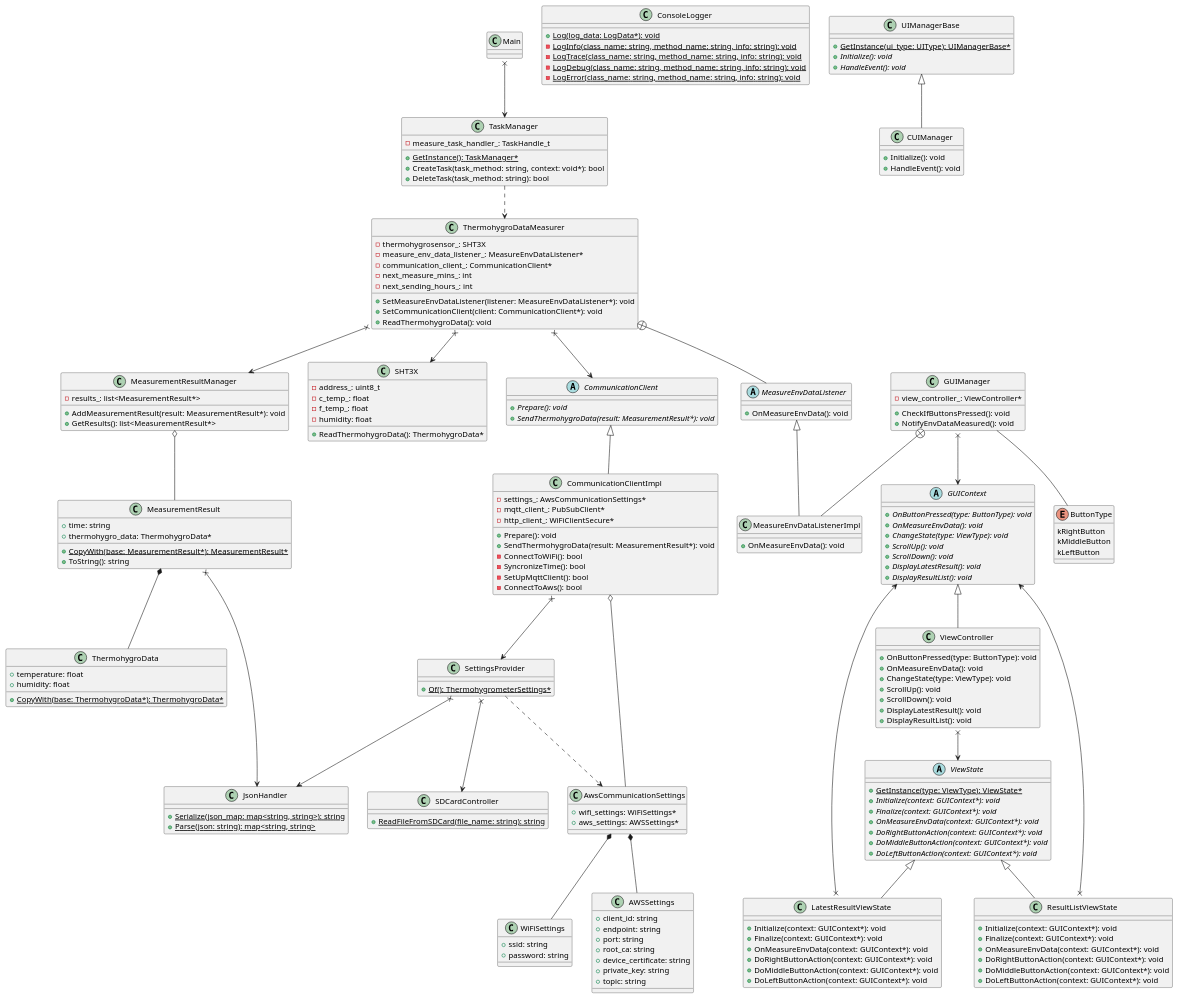
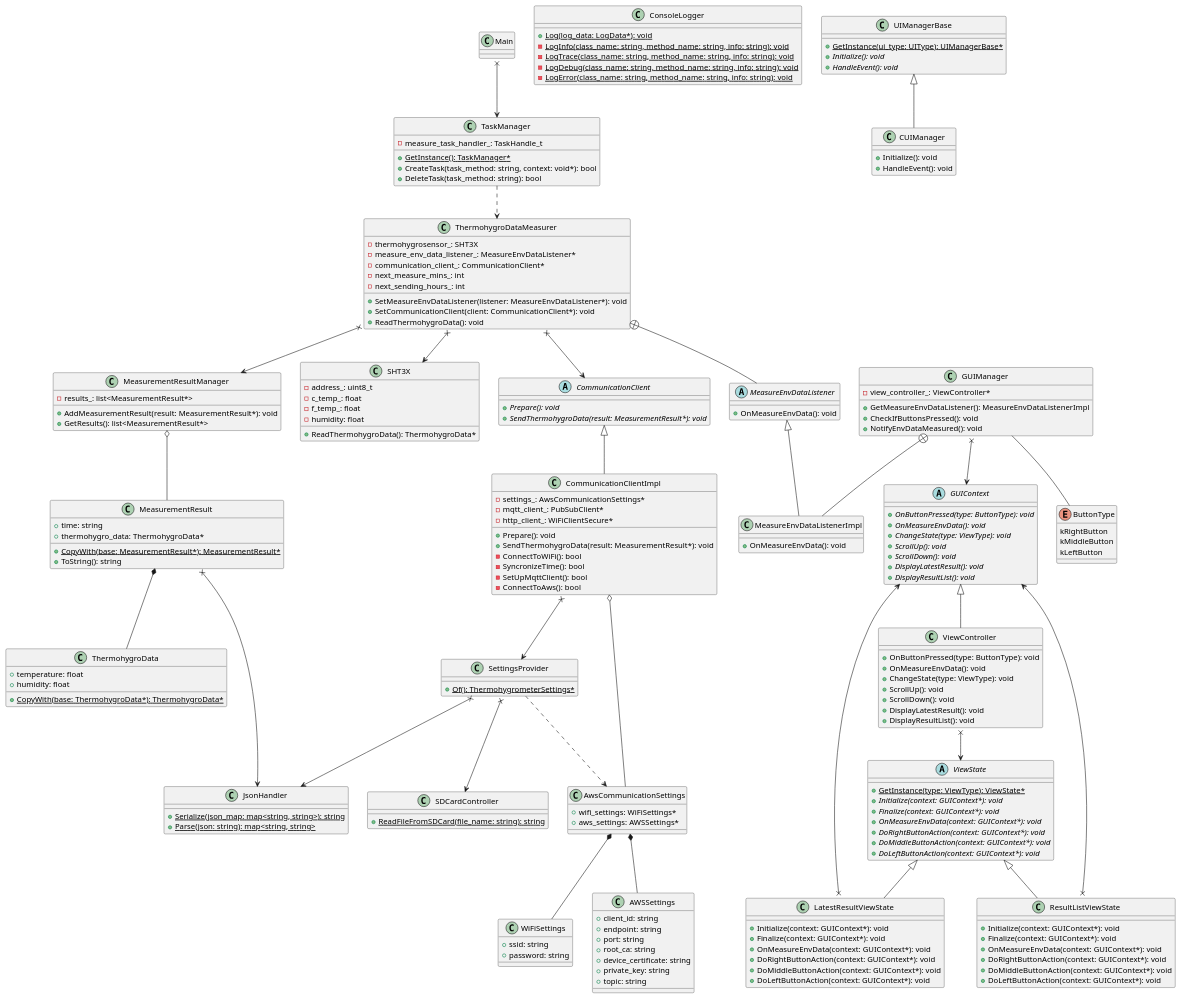
Before and after one commit to chukeblo/thermohygrometer: the diagram in DesignDocs/M5StackThermohygrometer/class_diagram.pu, drawn with PlantUML.

Commit message:
modify the way of creating measure env data listener impl instance

```diff
--- a/DesignDocs/M5StackThermohygrometer/class_diagram.pu
+++ b/DesignDocs/M5StackThermohygrometer/class_diagram.pu
@@ -88,6 +88,7 @@
 class GUIManager {
     - view_controller_: ViewController*
 
+    + GetMeasureEnvDataListener(): MeasureEnvDataListenerImpl
     + CheckIfButtonsPressed(): void
     + NotifyEnvDataMeasured(): void
 }
```
